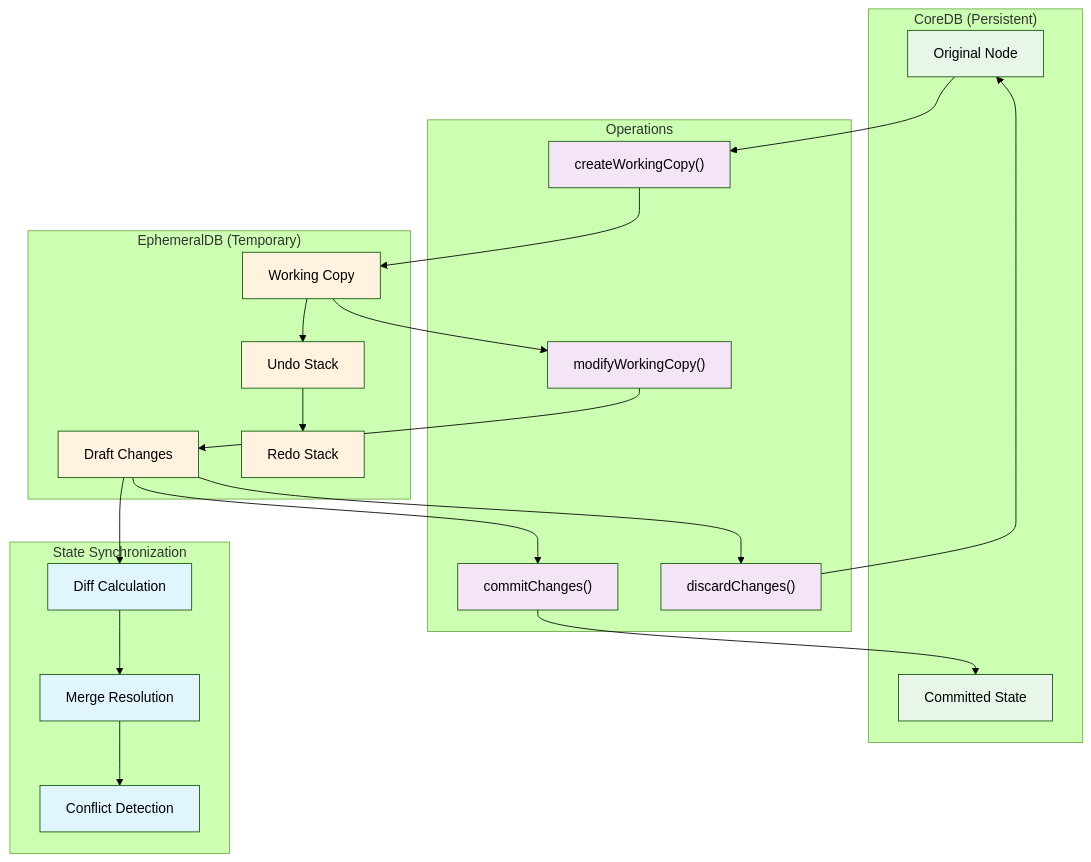
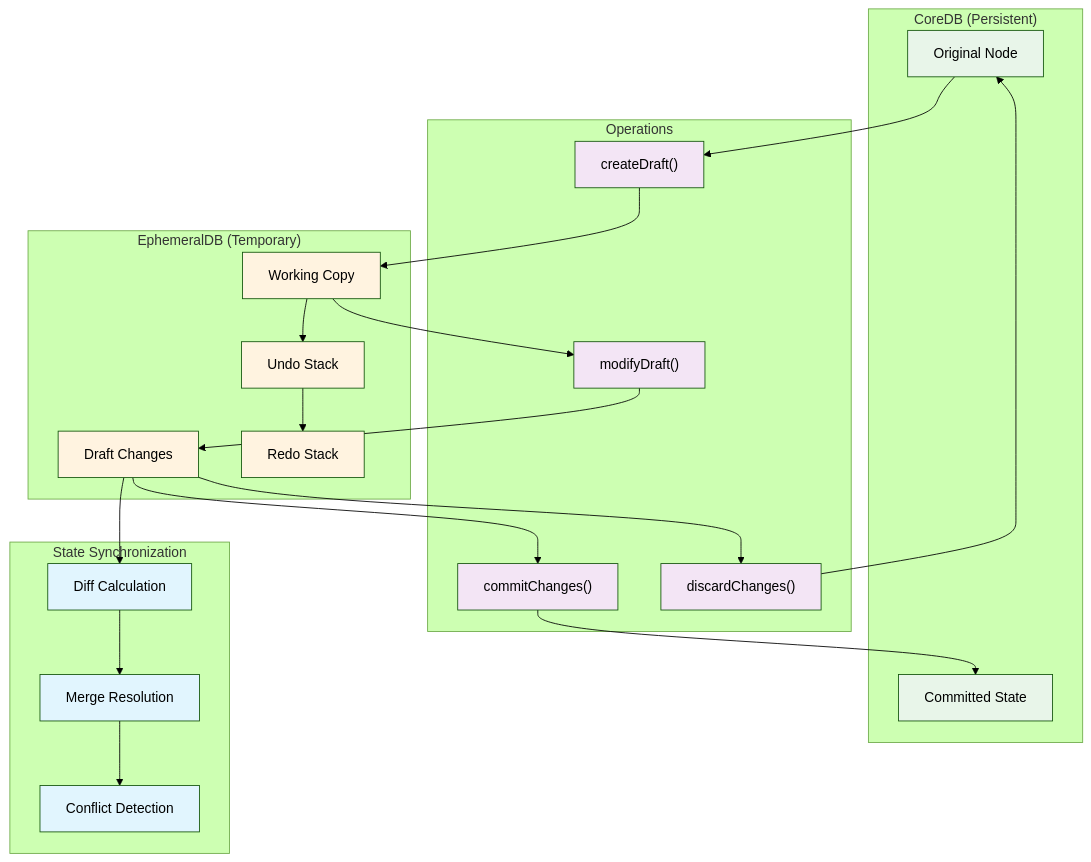
One commit to kubohiroya/hierarchidb changed the fifth of 7 diagrams in docs/DEVELOPER_REPORT_COMPREHENSIVE/06_COMMON_LIBRARIES.md. Above: the diagram before and after it, drawn with Mermaid (forest theme). The commit also changed other lines of this file and 796 other files, not shown here.

````diff
--- a/docs/DEVELOPER_REPORT_COMPREHENSIVE/06_COMMON_LIBRARIES.md
+++ b/docs/DEVELOPER_REPORT_COMPREHENSIVE/06_COMMON_LIBRARIES.md
@@ -263,55 +263,55 @@
 ```mermaid
 graph TB
     subgraph "CoreDB (Persistent)"
         OriginalNode["Original Node"]
         CommittedState["Committed State"]
     end
     
     subgraph "EphemeralDB (Temporary)"
-        WorkingCopyTypes["Working Copy"]
+        DraftTypes["Working Copy"]
         DraftChanges["Draft Changes"]
         UndoStack["Undo Stack"]
         RedoStack["Redo Stack"]
     end
     
     subgraph "Operations"
-        CreateCopy["createWorkingCopy()"]
-        ModifyCopy["modifyWorkingCopy()"]
+        CreateCopy["createDraft()"]
+        ModifyCopy["modifyDraft()"]
         CommitChanges["commitChanges()"]
         DiscardChanges["discardChanges()"]
     end
     
     subgraph "State Synchronization"
         DiffCalculation["Diff Calculation"]
         MergeResolution["Merge Resolution"]
         ConflictDetection["Conflict Detection"]
     end
     
     OriginalNode --> CreateCopy
-    CreateCopy --> WorkingCopyTypes
-    WorkingCopyTypes --> ModifyCopy
+    CreateCopy --> DraftTypes
+    DraftTypes --> ModifyCopy
     ModifyCopy --> DraftChanges
     
     DraftChanges --> CommitChanges
     CommitChanges --> CommittedState
     
     DraftChanges --> DiscardChanges
     DiscardChanges --> OriginalNode
     
-    WorkingCopyTypes --> UndoStack
+    DraftTypes --> UndoStack
     UndoStack --> RedoStack
     
     DraftChanges --> DiffCalculation
     DiffCalculation --> MergeResolution
     MergeResolution --> ConflictDetection
     
     classDef persistent fill:#e8f5e9
     classDef temporary fill:#fff3e0
     classDef operations fill:#f3e5f5
     classDef sync fill:#e1f5fe
     
     class OriginalNode,CommittedState persistent
-    class WorkingCopyTypes,DraftChanges,UndoStack,RedoStack temporary
+    class DraftTypes,DraftChanges,UndoStack,RedoStack temporary
     class CreateCopy,ModifyCopy,CommitChanges,DiscardChanges operations
     class DiffCalculation,MergeResolution,ConflictDetection sync
 ```
````
